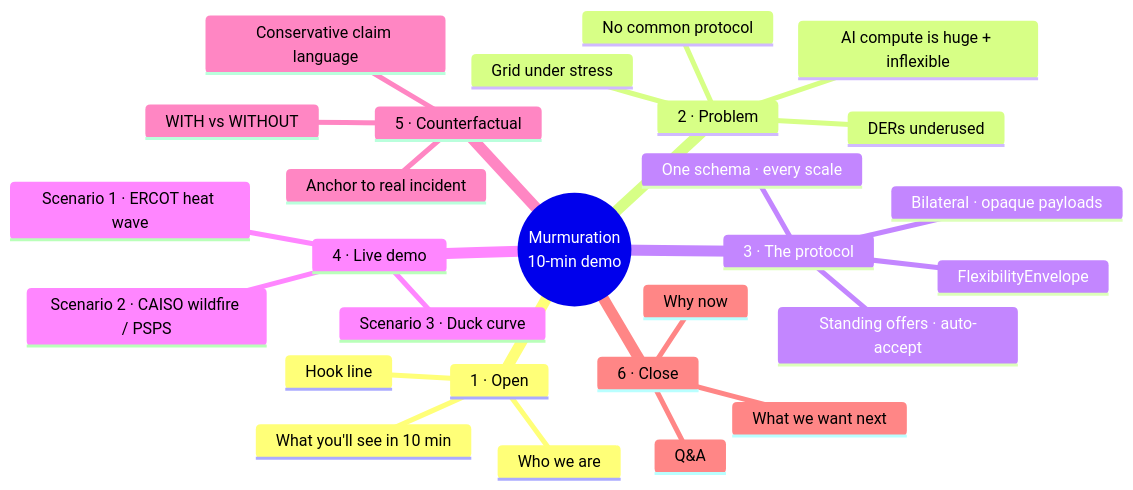
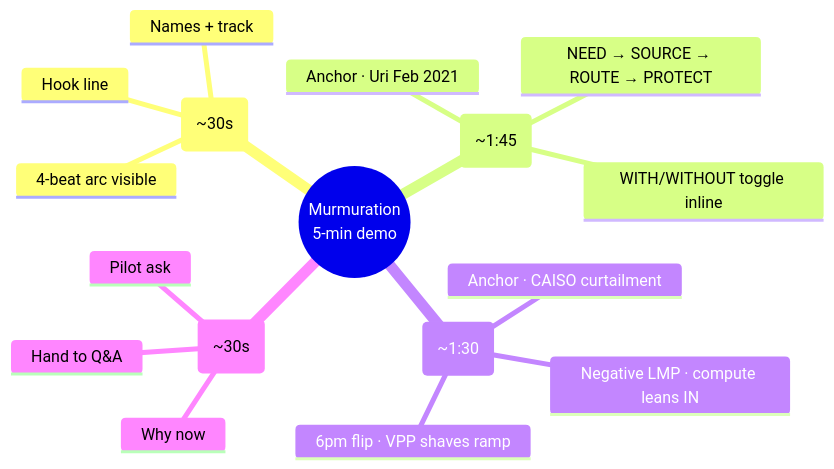
Before and after one commit to RohanDani2/murmuration: the diagram in docs/demo/demo_flow.md, drawn with Mermaid. The commit also changed other lines of this file and 14 other files, not shown here.

````diff
--- a/docs/demo/demo_flow.md
+++ b/docs/demo/demo_flow.md
@@ -7,30 +11,20 @@
 ```mermaid
 mindmap
-  root((Murmuration<br/>10-min demo))
-    1 · Open
+  root((Murmuration<br/>5-min demo))
+    1 · Cold open slide  (~30s)
       Hook line
-      Who we are
-      What you'll see in 10 min
-    2 · Problem
-      Grid under stress
-      AI compute is huge + inflexible
-      DERs underused
-      No common protocol
-    3 · The protocol
-      FlexibilityEnvelope
-      Standing offers · auto-accept
-      Bilateral · opaque payloads
-      One schema · every scale
-    4 · Live demo
-      Scenario 1 · ERCOT heat wave
-      Scenario 2 · CAISO wildfire / PSPS
-      Scenario 3 · Duck curve
-    5 · Counterfactual
-      Anchor to real incident
-      WITH vs WITHOUT
-      Conservative claim language
-    6 · Close
+      Names + track
+      4-beat arc visible
+    2 · ERCOT heat wave  (~1:45)
+      NEED → SOURCE → ROUTE → PROTECT
+      WITH/WITHOUT toggle inline
+      Anchor · Uri Feb 2021
+    3 · Duck curve  (~1:30)
+      Negative LMP · compute leans IN
+      6pm flip · VPP shaves ramp
+      Anchor · CAISO curtailment
+    4 · Live close  (~30s)
       Why now
-      What we want next
-      Q&A
+      Pilot ask
+      Hand to Q&A
 ```
````
